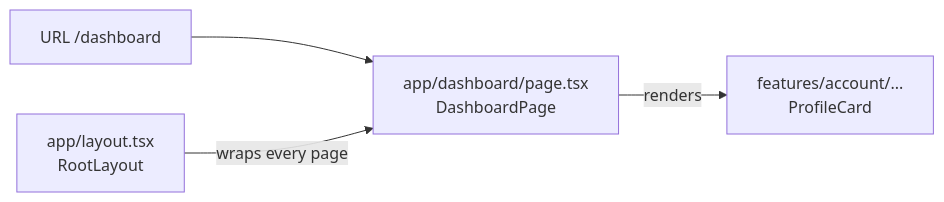
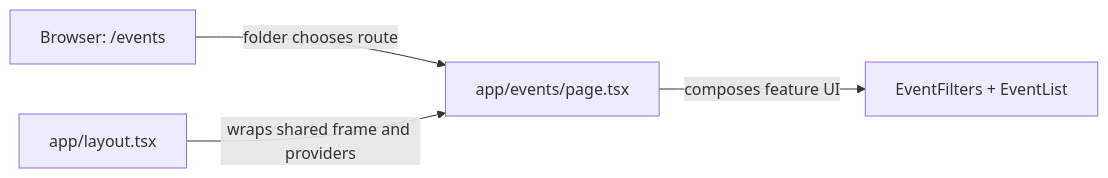
One commit to maheshnd/minitickets changed the diagram in docs/handbook/concepts/app-router.md. Above: the diagram before and after it, drawn with Mermaid. The commit also changed other lines of this file and 119 other files, not shown here.

````diff
--- a/docs/handbook/concepts/app-router.md
+++ b/docs/handbook/concepts/app-router.md
@@ -19,6 +18,6 @@
 ```mermaid
 flowchart LR
-    url["URL /dashboard"] --> folder["app/dashboard/page.tsx<br/>DashboardPage"]
-    root["app/layout.tsx<br/>RootLayout"] -->|"wraps every page"| folder
-    folder -->|"renders"| feat["features/account/...<br/>ProfileCard"]
+request["Browser: /events"] -->|"folder chooses route"| page["app/events/page.tsx"]
+    layout["app/layout.tsx"] -->|"wraps shared frame and providers"| page
+    page -->|"composes feature UI"| feature["EventFilters + EventList"]
 ```
````
